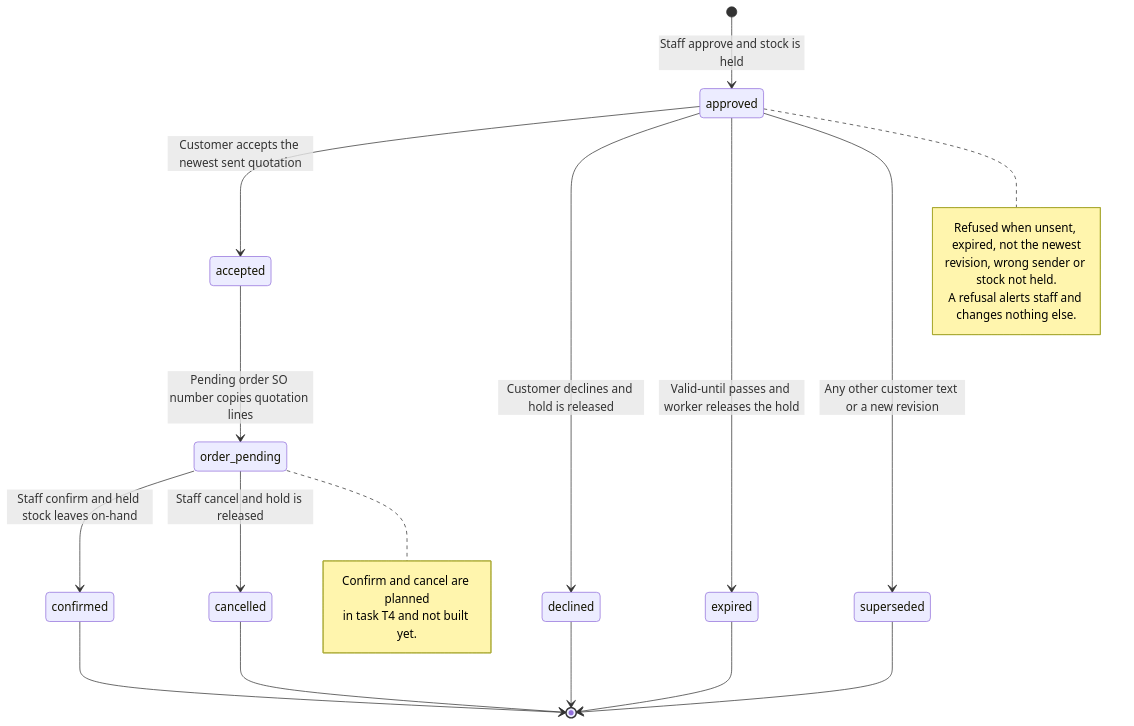
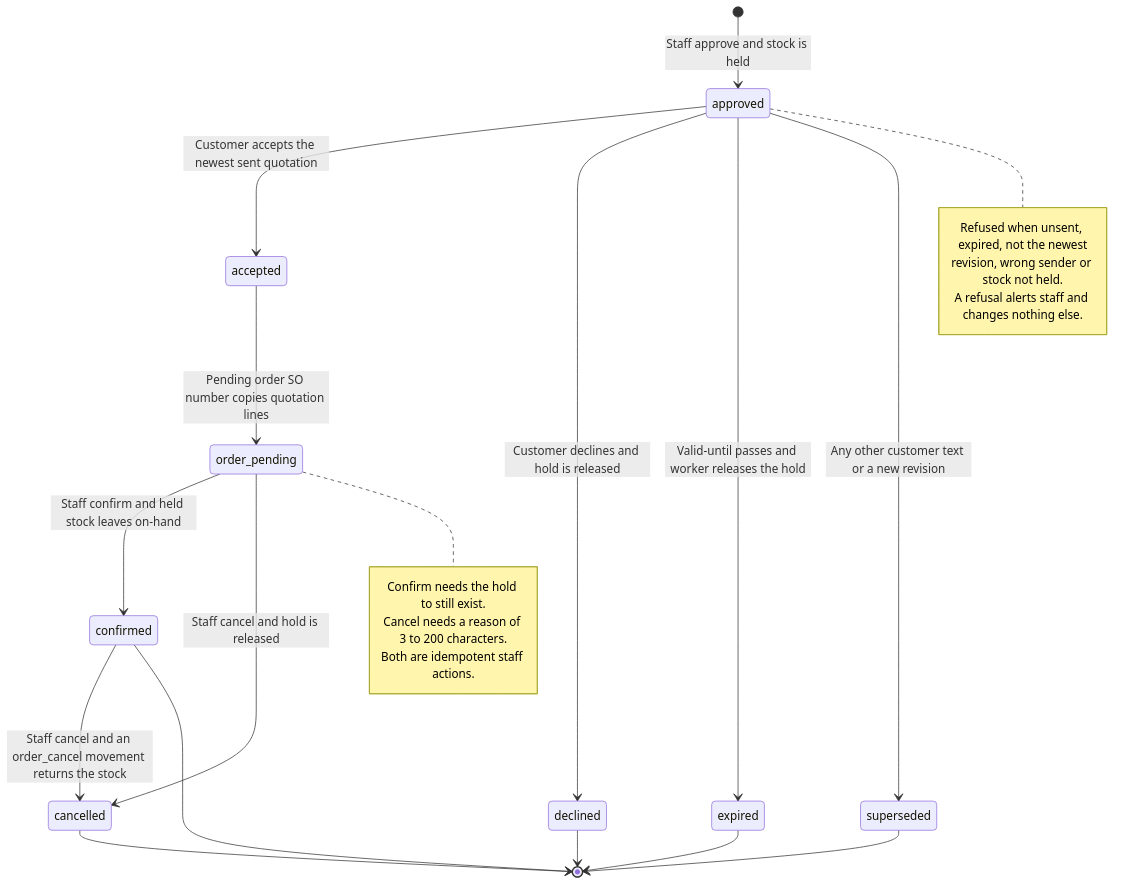
Before and after one commit to Nagdy8888/lumaquote: the diagram in docs/diagrams/order-lifecycle.mmd, drawn with Mermaid. The commit also changed 39 other files, not shown here.

Commit message:
feat(inventory): staff order, purchase order, adjustment and alert routes (T4, D49)

```diff
--- a/docs/diagrams/order-lifecycle.mmd
+++ b/docs/diagrams/order-lifecycle.mmd
@@ -1,25 +1,27 @@
 stateDiagram-v2
   accTitle: Quotation answer and order lifecycle with stock holds
-  accDescr: An approved and sent quotation holds its stock. The customer can accept it by typing a fixed phrase or pressing the Telegram button, or decline it. Acceptance creates a pending order and keeps the hold. Decline, expiry and a new revision release the hold. Staff confirmation and cancellation of the pending order are planned in task T4 and are not built yet.
+  accDescr: An approved and sent quotation holds its stock. The customer can accept it by typing a fixed phrase or pressing the Telegram button, or decline it. Acceptance creates a pending order and keeps the hold. Decline, expiry and a new revision release the hold. Staff confirm the pending order, which moves the stock out of on-hand, or cancel it, which releases the hold. A confirmed order can still be cancelled and its stock returns.
   [*] --> approved: Staff approve and stock is held
   approved --> accepted: Customer accepts the newest sent quotation
   approved --> declined: Customer declines and hold is released
   approved --> expired: Valid-until passes and worker releases the hold
   approved --> superseded: Any other customer text or a new revision
   accepted --> order_pending: Pending order SO number copies quotation lines
   order_pending --> confirmed: Staff confirm and held stock leaves on-hand
   order_pending --> cancelled: Staff cancel and hold is released
   declined --> [*]
   expired --> [*]
   superseded --> [*]
+  confirmed --> cancelled: Staff cancel and an order_cancel movement returns the stock
   confirmed --> [*]
   cancelled --> [*]
   note right of approved
     Refused when unsent, expired, not the newest
     revision, wrong sender or stock not held.
     A refusal alerts staff and changes nothing else.
   end note
   note right of order_pending
-    Confirm and cancel are planned
-    in task T4 and not built yet.
+    Confirm needs the hold to still exist.
+    Cancel needs a reason of 3 to 200 characters.
+    Both are idempotent staff actions.
   end note
```
